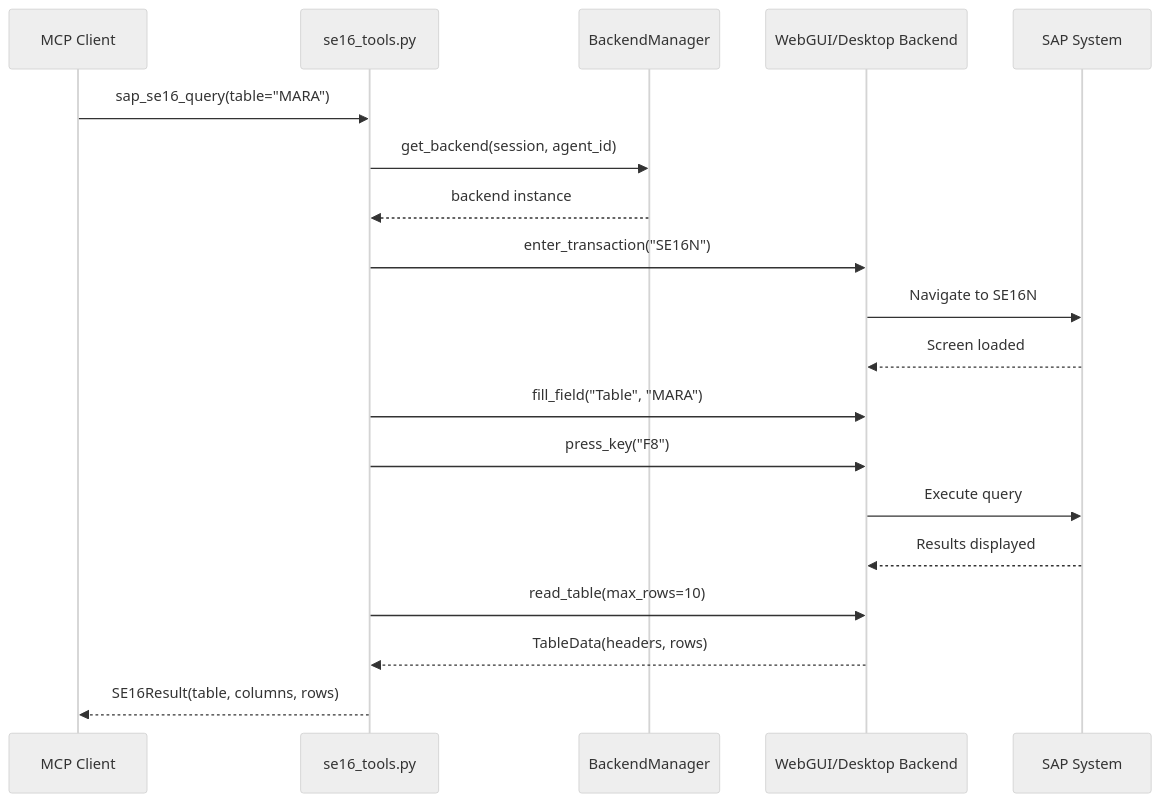
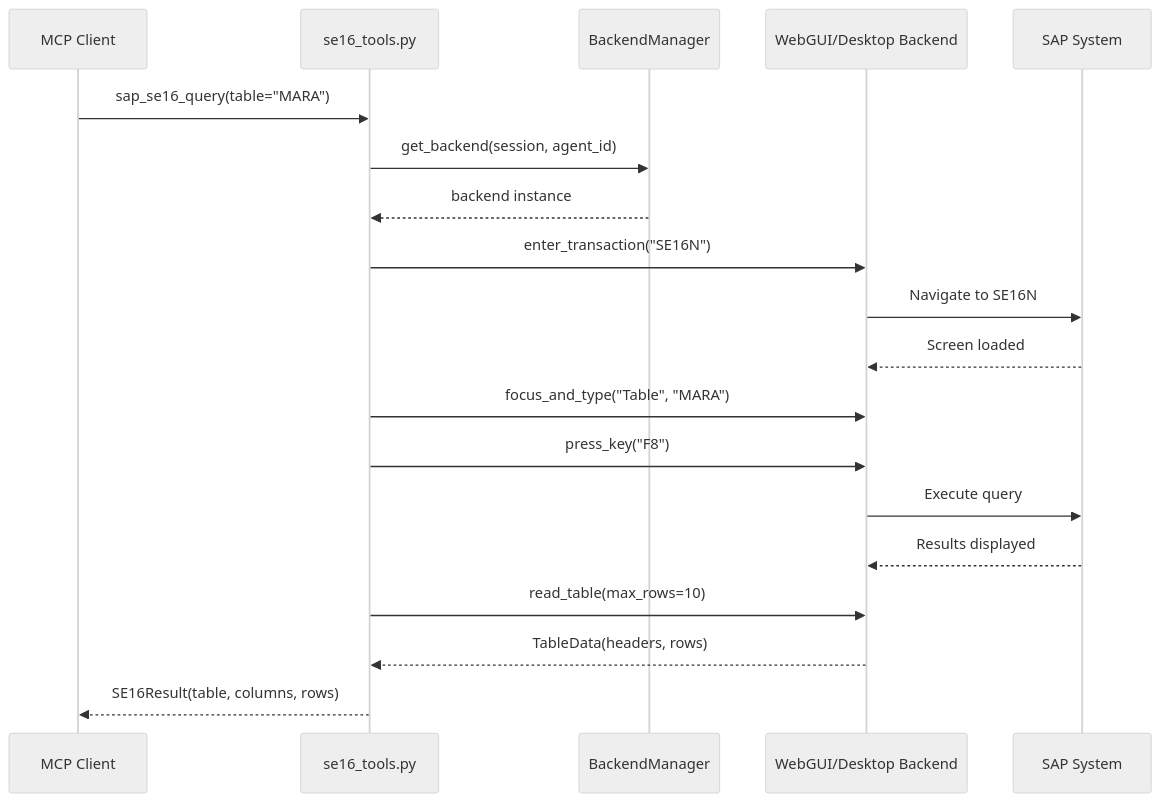
Before and after one commit to Hochfrequenz/sapgui.mcp: the second of 2 diagrams in ARCHITECTURE.md, drawn with Mermaid (neutral theme). The commit also changed other lines of this file, not shown here.

First line of the commit message:
docs: fix ARCHITECTURE.md accuracy per review

````diff
--- a/ARCHITECTURE.md
+++ b/ARCHITECTURE.md
@@ -54,22 +54,22 @@
 ```mermaid
 sequenceDiagram
     participant LLM as MCP Client
     participant Tool as se16_tools.py
     participant Mgr as BackendManager
     participant BE as WebGUI/Desktop Backend
     participant SAP as SAP System
 
     LLM->>Tool: sap_se16_query(table="MARA")
     Tool->>Mgr: get_backend(session, agent_id)
     Mgr-->>Tool: backend instance
     Tool->>BE: enter_transaction("SE16N")
     BE->>SAP: Navigate to SE16N
     SAP-->>BE: Screen loaded
-    Tool->>BE: fill_field("Table", "MARA")
+    Tool->>BE: focus_and_type("Table", "MARA")
     Tool->>BE: press_key("F8")
     BE->>SAP: Execute query
     SAP-->>BE: Results displayed
     Tool->>BE: read_table(max_rows=10)
     BE-->>Tool: TableData(headers, rows)
     Tool-->>LLM: SE16Result(table, columns, rows)
 ```
````
